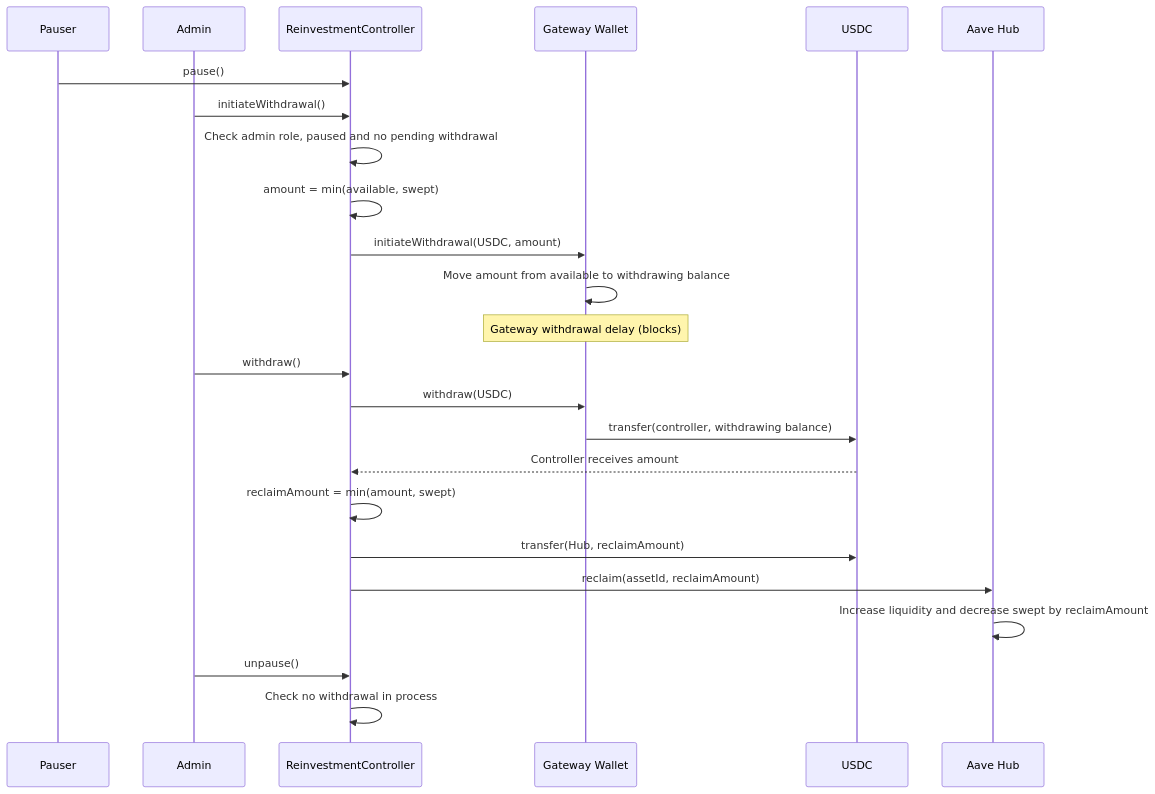
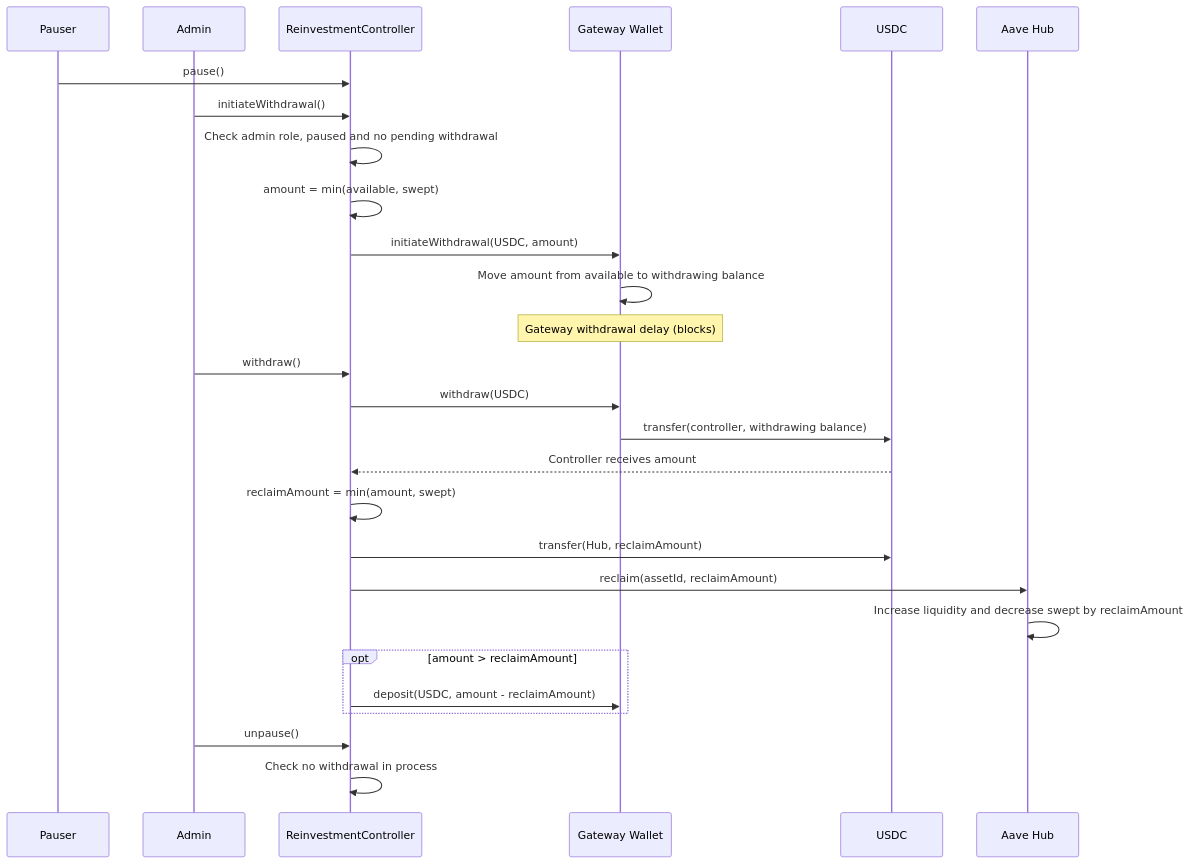
Before and after one commit to TokenLogic-com-au/reinvestment-controllers: the fifth of 6 diagrams in DIAGRAMS.md, drawn with Mermaid. The commit also changed other lines of this file and 1 other file, not shown here.

````diff
--- a/DIAGRAMS.md
+++ b/DIAGRAMS.md
@@ -170,27 +170,30 @@
 ```mermaid
 sequenceDiagram
     participant P as Pauser
     participant A as Admin
     participant C as ReinvestmentController
     participant W as Gateway Wallet
     participant U as USDC
     participant H as Aave Hub
 
     P->>C: pause()
     A->>C: initiateWithdrawal()
     C->>C: Check admin role, paused and no pending withdrawal
     C->>C: amount = min(available, swept)
     C->>W: initiateWithdrawal(USDC, amount)
     W->>W: Move amount from available to withdrawing balance
     Note over W: Gateway withdrawal delay (blocks)
     A->>C: withdraw()
     C->>W: withdraw(USDC)
     W->>U: transfer(controller, withdrawing balance)
     U-->>C: Controller receives amount
     C->>C: reclaimAmount = min(amount, swept)
     C->>U: transfer(Hub, reclaimAmount)
     C->>H: reclaim(assetId, reclaimAmount)
     H->>H: Increase liquidity and decrease swept by reclaimAmount
+    opt amount > reclaimAmount
+        C->>W: deposit(USDC, amount - reclaimAmount)
+    end
     A->>C: unpause()
     C->>C: Check no withdrawal in process
 ```
````
